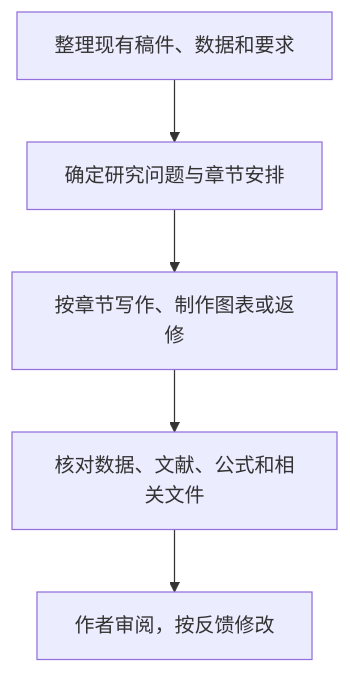
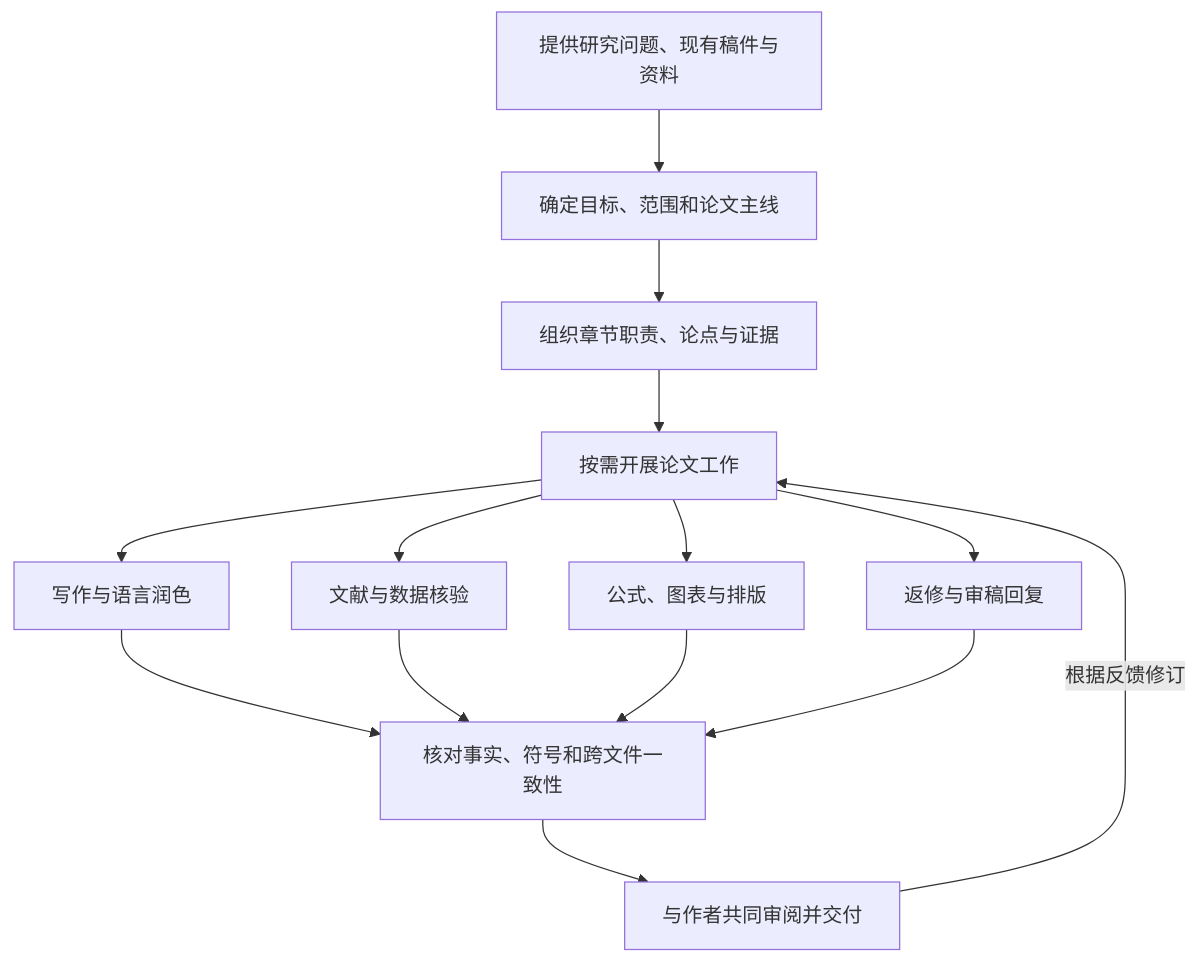
The first of 2 diagrams in README.md (achnstu/Thesis-collaboration-framework), drawn with Mermaid before and after one commit. The commit also changed other lines of this file, not shown here.

Commit message:
docs: restore workflow and explain writing approach

````diff
--- a/README.md
+++ b/README.md
@@ -7,7 +9,16 @@
 ```mermaid
 flowchart TD
-    A["整理现有稿件、数据和要求"] --> B["确定研究问题与章节安排"]
-    B --> C["按章节写作、制作图表或返修"]
-    C --> D["核对数据、文献、公式和相关文件"]
-    D --> E["作者审阅，按反馈修改"]
+    A["提供研究问题、现有稿件与资料"] --> B["确定目标、范围和论文主线"]
+    B --> C["组织章节职责、论点与证据"]
+    C --> D["按需开展论文工作"]
+    D --> E["写作与语言润色"]
+    D --> F["文献与数据核验"]
+    D --> G["公式、图表与排版"]
+    D --> H["返修与审稿回复"]
+    E --> I["核对事实、符号和跨文件一致性"]
+    F --> I
+    G --> I
+    H --> I
+    I --> J["与作者共同审阅并交付"]
+    J -->|"根据反馈修订"| D
 ```
````
